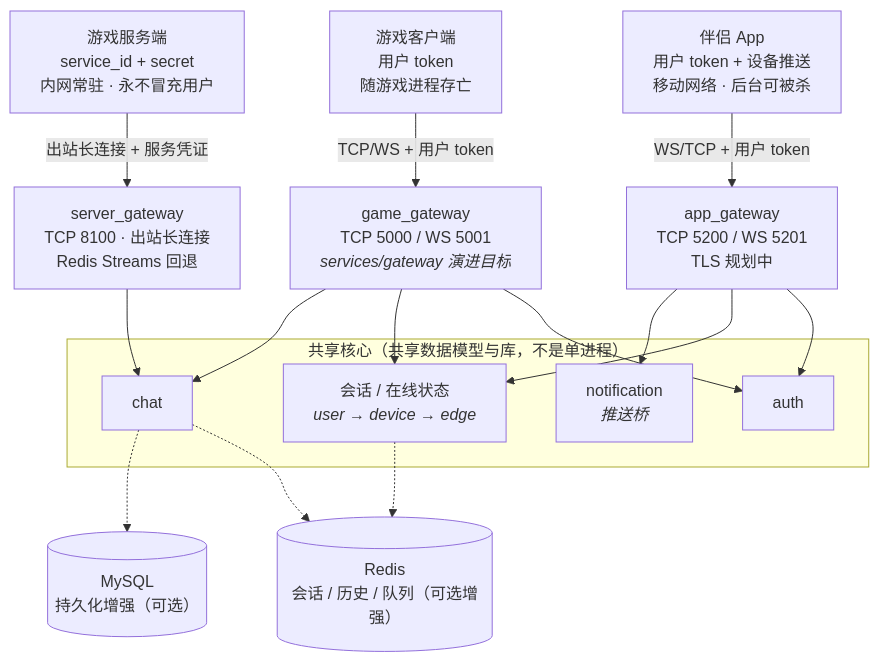
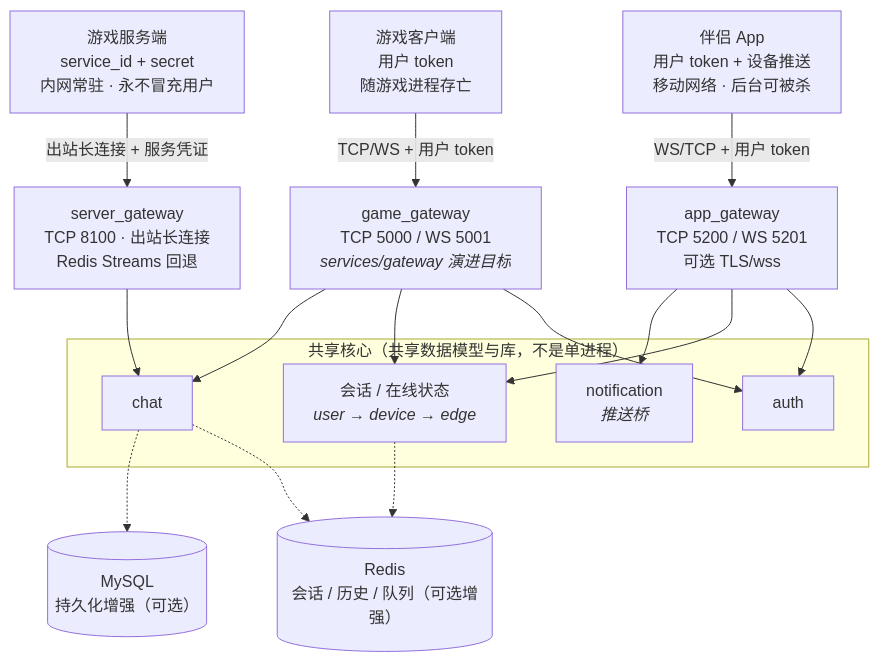
One commit to cuihairu/chirp changed the diagram in README.md. Above: the diagram before and after it, drawn with Mermaid. The commit also changed 25 other files, not shown here.

````diff
--- a/README.md
+++ b/README.md
@@ -33,32 +33,32 @@
 ```mermaid
 flowchart TB
     Game["游戏客户端<br/>用户 token<br/>随游戏进程存亡"]
     App["伴侣 App<br/>用户 token + 设备推送<br/>移动网络 · 后台可被杀"]
     GS["游戏服务端<br/>service_id + secret<br/>内网常驻 · 永不冒充用户"]
 
     GG["game_gateway<br/>TCP 5000 / WS 5001<br/><i>services/gateway 演进目标</i>"]
-    AG["app_gateway<br/>TCP 5200 / WS 5201<br/>TLS 规划中"]
+    AG["app_gateway<br/>TCP 5200 / WS 5201<br/>可选 TLS/wss"]
     SG["server_gateway<br/>TCP 8100 · 出站长连接<br/>Redis Streams 回退"]
 
     subgraph core["共享核心（共享数据模型与库，不是单进程）"]
         Auth["auth"]
         Session["会话 / 在线状态<br/><i>user → device → edge</i>"]
         Chat["chat"]
         Notif["notification<br/><i>推送桥</i>"]
     end
 
     Redis[("Redis<br/>会话 / 历史 / 队列（可选增强）")]
     MySQL[("MySQL<br/>持久化增强（可选）")]
 
     Game -- "TCP/WS + 用户 token" --> GG
     App -- "WS/TCP + 用户 token" --> AG
     GS -- "出站长连接 + 服务凭证" --> SG
 
     GG --> Auth & Session & Chat
     AG --> Auth & Session & Notif
     SG --> Chat
 
     Session -.-> Redis
     Chat -.-> Redis
     Chat -.-> MySQL
 ```
````
